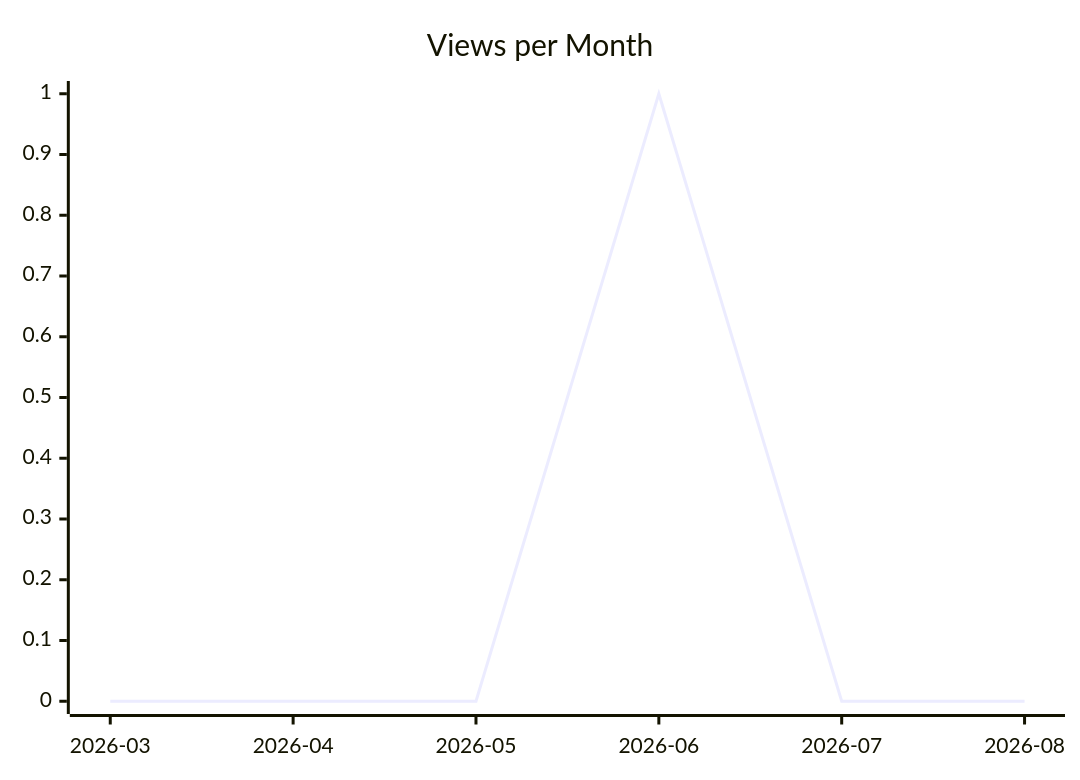
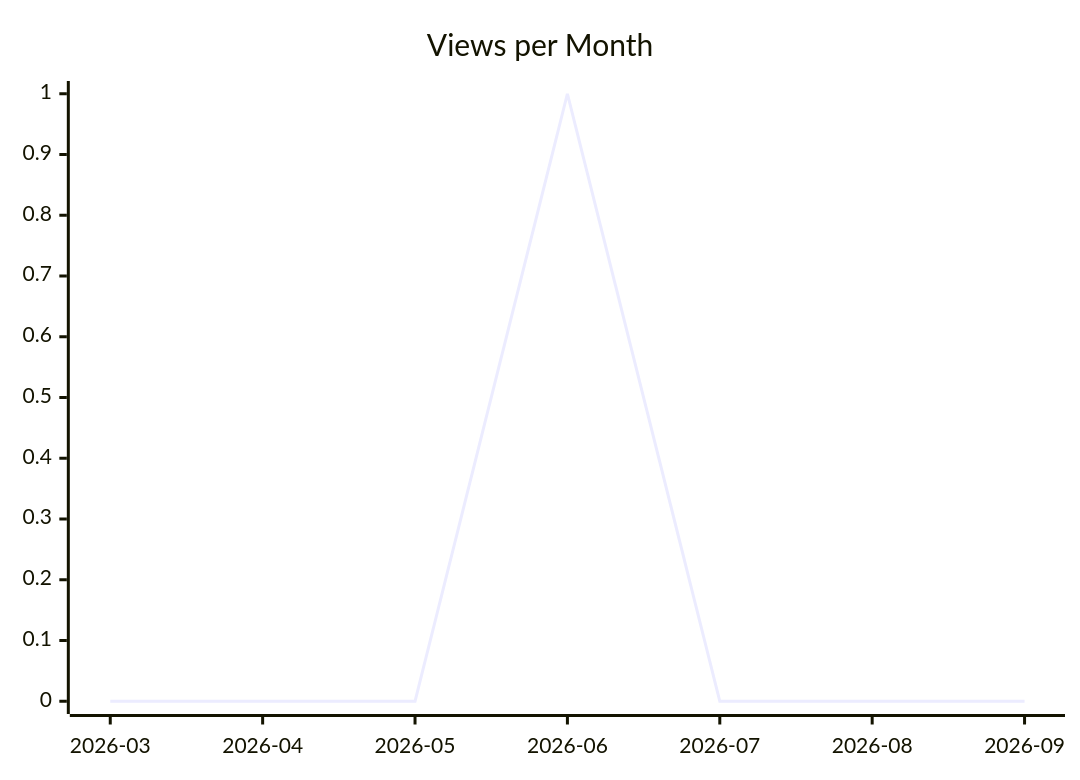
Before and after one commit to justdavis-family/github-analytics-data: the second of 3 diagrams in karlmdavis/perfect-note/README.md, drawn with Mermaid. The commit also changed other lines of this file and 191 other files, not shown here.

````diff
--- a/karlmdavis/perfect-note/README.md
+++ b/karlmdavis/perfect-note/README.md
@@ -12,6 +12,6 @@
 ```mermaid
 xychart-beta
   title "Views per Month"
-  x-axis ["2026-03", "2026-04", "2026-05", "2026-06", "2026-07", "2026-08"]
-  line [0, 0, 0, 1, 0, 0]
+  x-axis ["2026-03", "2026-04", "2026-05", "2026-06", "2026-07", "2026-08", "2026-09"]
+  line [0, 0, 0, 1, 0, 0, 0]
 ```
````
